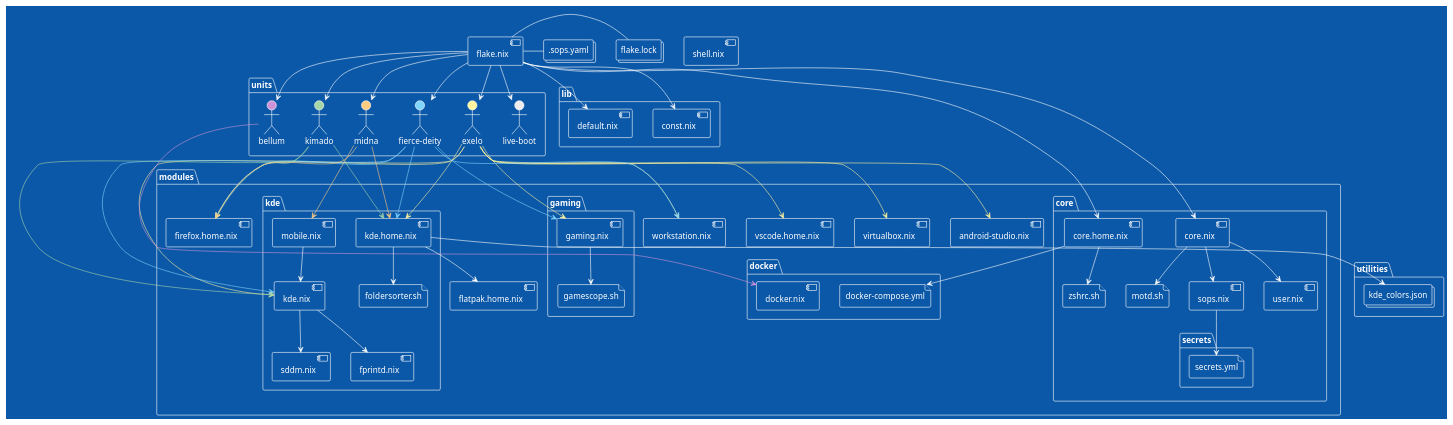
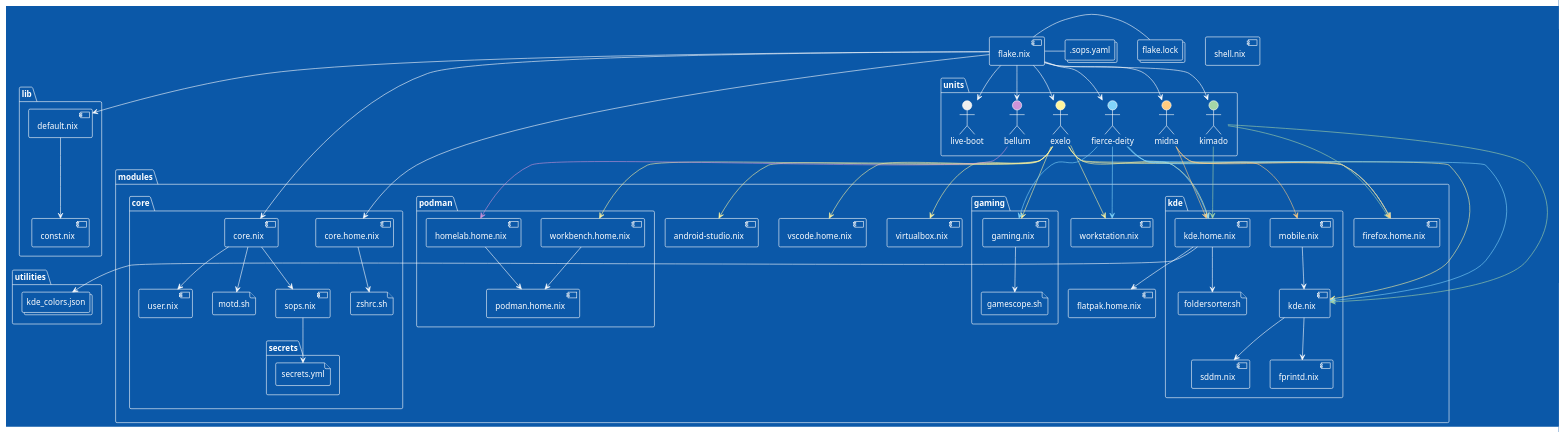
The diagram in utilities/inventory.puml (auroreLeclerc/nix-inventory), drawn with PlantUML before and after one commit. The commit also changed 15 other files, not shown here.

```diff
--- a/utilities/inventory.puml
+++ b/utilities/inventory.puml
@@ -1,102 +1,105 @@
 @startuml inventory
 !theme amiga
 folder "units" {
 actor "exelo" as 946f41d7a0edfc2e0c01ee5a09a8c817 #FFF59D
 actor "fierce-deity" as c4bab5bd2a813b4140b129fe0e3fb658 #81D4FA
 actor "live-boot" as c7d5751343a9ead629f775ba9b9af9cf #EEEEEE
 actor "kimado" as 1396d7d4092f9152f5759496564121cd #A5D6A7
 actor "bellum" as 20a158b77d6ce48a8335b7e769c66846 #CE93D8
 actor "midna" as 63f8d8e44685a13b538d30e2a0812668 #FFCC80
 }
 component "flake.nix" as 3cfc5eb99249add5b61f5348132a1e77
 folder "lib" {
    component "const.nix" as 42685639631220987acd22a87135e57c
    component "default.nix" as 68e512ab9f77fd39f3722c23b9768434
 }
 collections ".sops.yaml" as 91f6f5e8b87d05d919871a4550a6fc38
 component "shell.nix" as 97c7e481026e36daa7b31230c6c6aadc
 folder "utilities" {
    collections "kde_colors.json" as 31b20c96119be911606aa1b692b28ba5
 }
 folder "modules" {
    folder "gaming" {
       file "gamescope.sh" as 07bb30b5069aacb10b5677e227bfbeb4
       component "gaming.nix" as cc648f4643baab83856cbb1aee4c03ef
    }
    component "vscode.home.nix" as 26e1d38b688c4a1832d0935e5d29e980
    folder "core" {
       component "user.nix" as e48a789aa9c3b1358cf051feee2e878a
       component "core.home.nix" as d418baa43b11df0205fd0d8001cf7901
       file "zshrc.sh" as 7eb8b1eccd344747a8b685427d1c8d47
       file "motd.sh" as c82c7c2583c0b9ccbee6e5f55451c0f6
       folder "secrets" {
          file "secrets.yml" as fedff914d02561f998eabdacb5cefebd
       }
       component "core.nix" as 6aafb3be03e9429fda102521e26edd7b
       component "sops.nix" as 20147c29130fca277ea17de5d4ba1678
    }
    component "flatpak.home.nix" as 6a6caf7642ae4a75b6d8c64ecf6400b9
    component "android-studio.nix" as a8adb1966bc91fc715175dff4a1585e7
    component "firefox.home.nix" as 38cffe16d01eb2da09feac707c1aaa76
    folder "kde" {
       component "fprintd.nix" as 0fb371a9afb97f3c276f57e82617e12d
       component "sddm.nix" as 5ebad3bd91a08cf55c56e207db927f8e
       component "mobile.nix" as 8d2c80d6e09dc0fe9680025161c2f7f7
       component "kde.nix" as 33998a49668889da1de8827630f29048
       component "kde.home.nix" as 34f24b42df06d195232b3481cc71827b
       file "foldersorter.sh" as ad183a934b3ffac1938f0162d6a8a65b
    }
    component "virtualbox.nix" as f7eeddc94c5ed65950560d6b5663fd1f
    component "workstation.nix" as 5a0152e173cf79e753b825a5923741a1
-   folder "docker" {
-      file "docker-compose.yml" as 6c4723ada97bf32b316ca223382b50ed
-      component "docker.nix" as b2d542b35b19bbc557679612f5768653
+   folder "podman" {
+      component "podman.home.nix" as dcbc3ce626c4baff59d73eac162ff6c2
+      component "homelab.home.nix" as 0413db864cd167d08bd86e74c14f26a4
+      component "workbench.home.nix" as d5572bc49194fd8103bc4b027c081b12
    }
 }
 collections "flake.lock" as acf05e6b4d5a2b6e0e87b24127cf384a
 946f41d7a0edfc2e0c01ee5a09a8c817 -[#FFF59D]-> 33998a49668889da1de8827630f29048
 946f41d7a0edfc2e0c01ee5a09a8c817 -[#FFF59D]-> 5a0152e173cf79e753b825a5923741a1
 946f41d7a0edfc2e0c01ee5a09a8c817 -[#FFF59D]-> a8adb1966bc91fc715175dff4a1585e7
 946f41d7a0edfc2e0c01ee5a09a8c817 -[#FFF59D]-> cc648f4643baab83856cbb1aee4c03ef
 946f41d7a0edfc2e0c01ee5a09a8c817 -[#FFF59D]-> f7eeddc94c5ed65950560d6b5663fd1f
 946f41d7a0edfc2e0c01ee5a09a8c817 -[#FFF59D]-> 34f24b42df06d195232b3481cc71827b
 946f41d7a0edfc2e0c01ee5a09a8c817 -[#FFF59D]-> 26e1d38b688c4a1832d0935e5d29e980
 946f41d7a0edfc2e0c01ee5a09a8c817 -[#FFF59D]-> 38cffe16d01eb2da09feac707c1aaa76
+946f41d7a0edfc2e0c01ee5a09a8c817 -[#FFF59D]-> d5572bc49194fd8103bc4b027c081b12
 c4bab5bd2a813b4140b129fe0e3fb658 -[#81D4FA]-> 33998a49668889da1de8827630f29048
 c4bab5bd2a813b4140b129fe0e3fb658 -[#81D4FA]-> cc648f4643baab83856cbb1aee4c03ef
 c4bab5bd2a813b4140b129fe0e3fb658 -[#81D4FA]-> 5a0152e173cf79e753b825a5923741a1
 c4bab5bd2a813b4140b129fe0e3fb658 -[#81D4FA]-> 34f24b42df06d195232b3481cc71827b
 c4bab5bd2a813b4140b129fe0e3fb658 -[#81D4FA]-> 38cffe16d01eb2da09feac707c1aaa76
 1396d7d4092f9152f5759496564121cd -[#A5D6A7]-> 33998a49668889da1de8827630f29048
 1396d7d4092f9152f5759496564121cd -[#A5D6A7]-> 34f24b42df06d195232b3481cc71827b
 1396d7d4092f9152f5759496564121cd -[#A5D6A7]-> 38cffe16d01eb2da09feac707c1aaa76
-20a158b77d6ce48a8335b7e769c66846 -[#CE93D8]-> b2d542b35b19bbc557679612f5768653
+20a158b77d6ce48a8335b7e769c66846 -[#CE93D8]-> 0413db864cd167d08bd86e74c14f26a4
 63f8d8e44685a13b538d30e2a0812668 -[#FFCC80]-> 8d2c80d6e09dc0fe9680025161c2f7f7
 63f8d8e44685a13b538d30e2a0812668 -[#FFCC80]-> 34f24b42df06d195232b3481cc71827b
 63f8d8e44685a13b538d30e2a0812668 -[#FFCC80]-> 38cffe16d01eb2da09feac707c1aaa76
 3cfc5eb99249add5b61f5348132a1e77 --> 68e512ab9f77fd39f3722c23b9768434
-3cfc5eb99249add5b61f5348132a1e77 --> 42685639631220987acd22a87135e57c
 3cfc5eb99249add5b61f5348132a1e77 --> d418baa43b11df0205fd0d8001cf7901
 3cfc5eb99249add5b61f5348132a1e77 --> 946f41d7a0edfc2e0c01ee5a09a8c817
 3cfc5eb99249add5b61f5348132a1e77 --> c4bab5bd2a813b4140b129fe0e3fb658
 3cfc5eb99249add5b61f5348132a1e77 --> c7d5751343a9ead629f775ba9b9af9cf
 3cfc5eb99249add5b61f5348132a1e77 --> 1396d7d4092f9152f5759496564121cd
 3cfc5eb99249add5b61f5348132a1e77 --> 20a158b77d6ce48a8335b7e769c66846
 3cfc5eb99249add5b61f5348132a1e77 --> 63f8d8e44685a13b538d30e2a0812668
 3cfc5eb99249add5b61f5348132a1e77 --> 6aafb3be03e9429fda102521e26edd7b
+68e512ab9f77fd39f3722c23b9768434 --> 42685639631220987acd22a87135e57c
 cc648f4643baab83856cbb1aee4c03ef --> 07bb30b5069aacb10b5677e227bfbeb4
-d418baa43b11df0205fd0d8001cf7901 --> 6c4723ada97bf32b316ca223382b50ed
 d418baa43b11df0205fd0d8001cf7901 --> 7eb8b1eccd344747a8b685427d1c8d47
 6aafb3be03e9429fda102521e26edd7b --> c82c7c2583c0b9ccbee6e5f55451c0f6
 6aafb3be03e9429fda102521e26edd7b --> e48a789aa9c3b1358cf051feee2e878a
 6aafb3be03e9429fda102521e26edd7b --> 20147c29130fca277ea17de5d4ba1678
 20147c29130fca277ea17de5d4ba1678 --> fedff914d02561f998eabdacb5cefebd
 8d2c80d6e09dc0fe9680025161c2f7f7 --> 33998a49668889da1de8827630f29048
 33998a49668889da1de8827630f29048 --> 5ebad3bd91a08cf55c56e207db927f8e
 33998a49668889da1de8827630f29048 --> 0fb371a9afb97f3c276f57e82617e12d
 34f24b42df06d195232b3481cc71827b --> 6a6caf7642ae4a75b6d8c64ecf6400b9
 34f24b42df06d195232b3481cc71827b --> 31b20c96119be911606aa1b692b28ba5
 34f24b42df06d195232b3481cc71827b --> ad183a934b3ffac1938f0162d6a8a65b
+0413db864cd167d08bd86e74c14f26a4 --> dcbc3ce626c4baff59d73eac162ff6c2
+d5572bc49194fd8103bc4b027c081b12 --> dcbc3ce626c4baff59d73eac162ff6c2
 3cfc5eb99249add5b61f5348132a1e77 - acf05e6b4d5a2b6e0e87b24127cf384a
 3cfc5eb99249add5b61f5348132a1e77 - 91f6f5e8b87d05d919871a4550a6fc38
 @enduml
```
